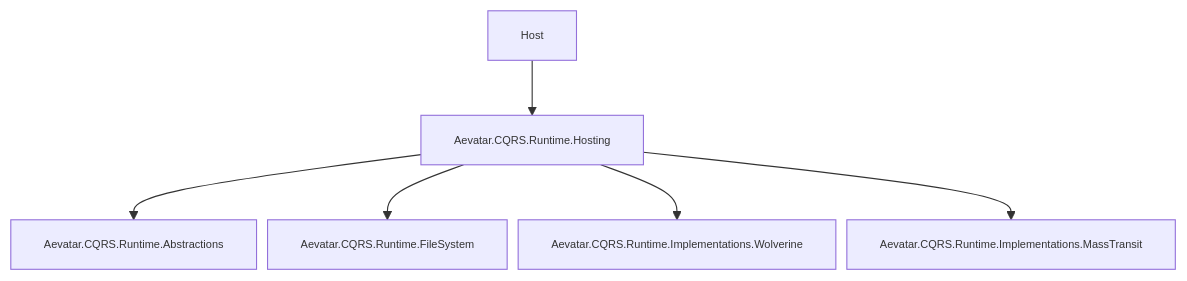
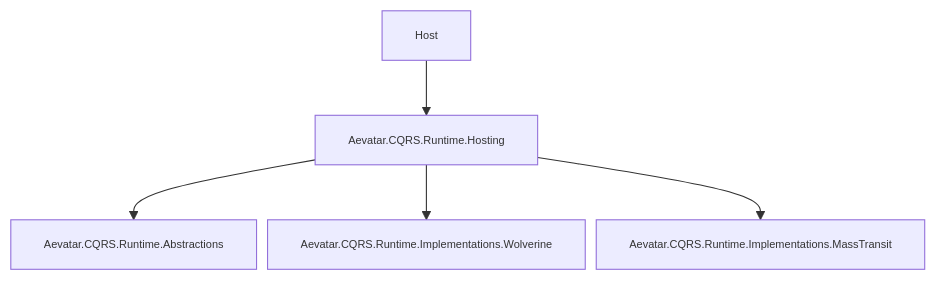
Before and after one commit to aevatarAI/aevatar: the third of 4 diagrams in docs/PROJECT_ARCHITECTURE.md, drawn with Mermaid. The commit also changed 42 other files, not shown here.

First line of the commit message:
Remove FileSystem runtime implementation and related components

````diff
--- a/docs/PROJECT_ARCHITECTURE.md
+++ b/docs/PROJECT_ARCHITECTURE.md
@@ -79,9 +79,8 @@
 ```mermaid
 %%{init: {"maxTextSize": 100000, "flowchart": {"useMaxWidth": false, "nodeSpacing": 10, "rankSpacing": 50}, "themeVariables": {"fontSize": "10px"}}}%%
 flowchart TB
     Host["Host"] --> RH["Aevatar.CQRS.Runtime.Hosting"]
     RH --> RA["Aevatar.CQRS.Runtime.Abstractions"]
-    RH --> RF["Aevatar.CQRS.Runtime.FileSystem"]
     RH --> RW["Aevatar.CQRS.Runtime.Implementations.Wolverine"]
     RH --> RM["Aevatar.CQRS.Runtime.Implementations.MassTransit"]
 ```
````
